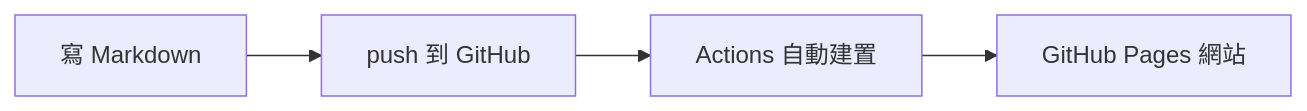
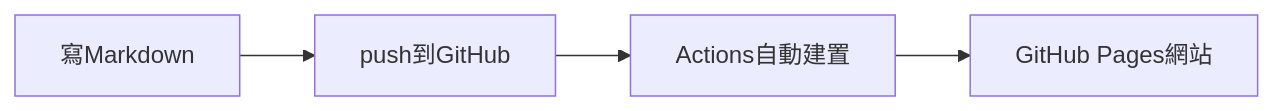
Before and after one commit to megleet/tech-docs: the diagram in docs/tutorials/github-compatible.md, drawn with Mermaid. The commit also changed other lines of this file and 5 other files, not shown here.

````diff
--- a/docs/tutorials/github-compatible.md
+++ b/docs/tutorials/github-compatible.md
@@ -26,6 +26,6 @@
 ```mermaid
 graph LR
-  A[寫 Markdown] --> B[push 到 GitHub]
-  B --> C[Actions 自動建置]
-  C --> D[GitHub Pages 網站]
+  A[寫Markdown] --> B[push到GitHub]
+  B --> C[Actions自動建置]
+  C --> D[GitHub Pages網站]
 ```
````
